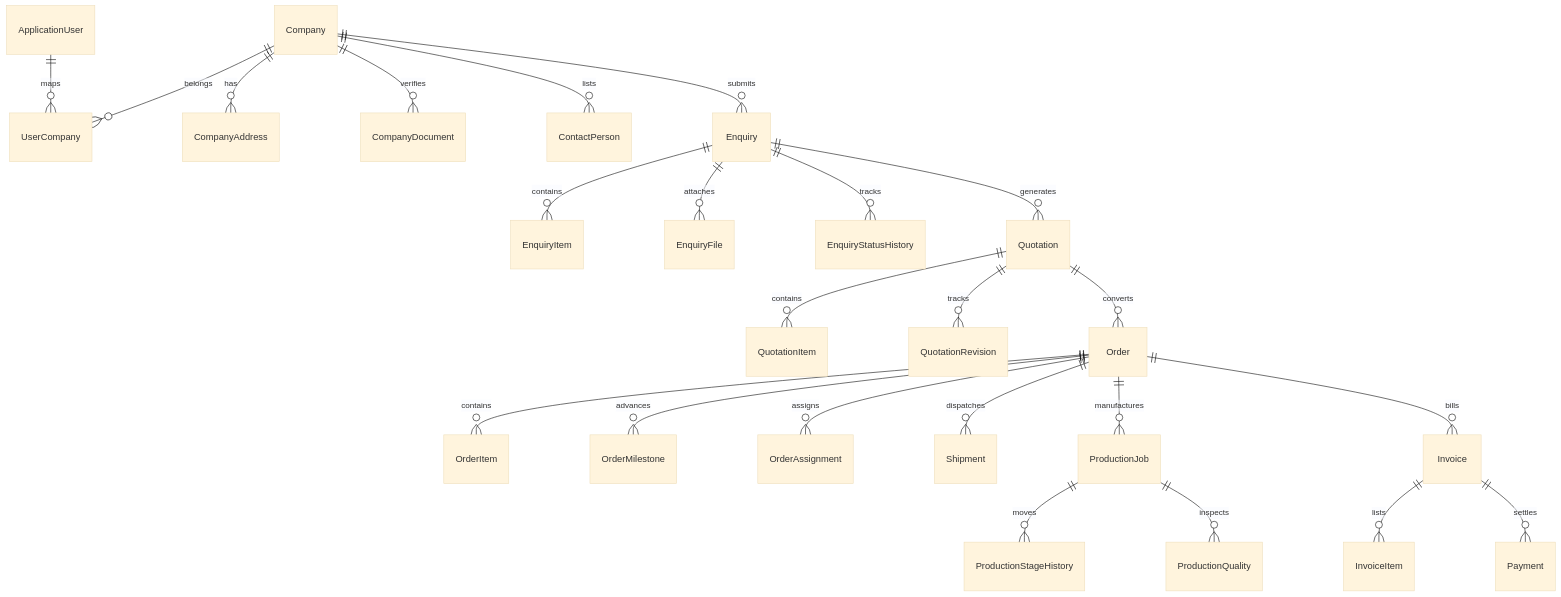
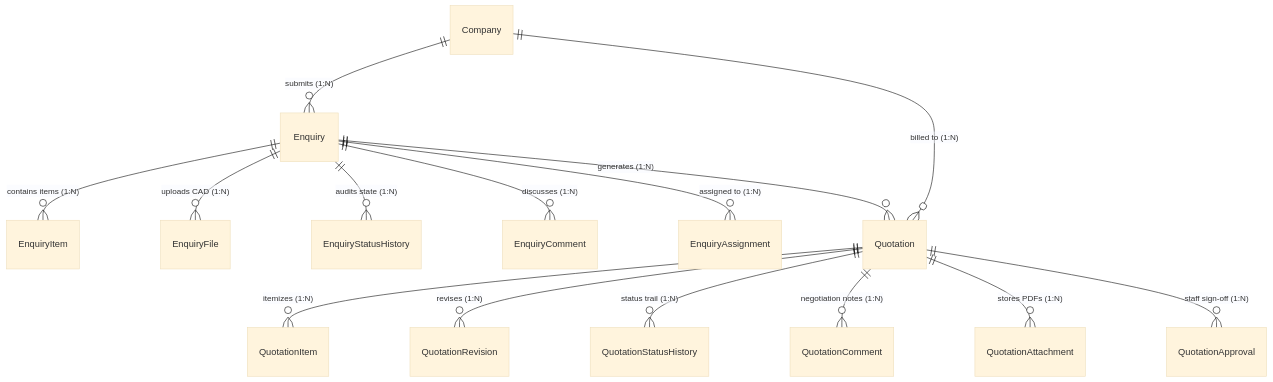
One commit to RahulBhola/Shakti-Udyog changed the eighth of 12 diagrams in docs/02-technical-architecture-document.md. Above: the diagram before and after it, drawn with Mermaid (base theme). The commit also changed other lines of this file, not shown here.

Commit message:
docs: add Master ERD, subdomain entity connection drawings, and comprehensive FK relationship matrix

````diff
--- a/docs/02-technical-architecture-document.md
+++ b/docs/02-technical-architecture-document.md
@@ -313,31 +462,18 @@
 ```mermaid
 erDiagram
-    ApplicationUser ||--o{ UserCompany : maps
-    Company ||--o{ UserCompany : belongs
-    Company ||--o{ CompanyAddress : has
-    Company ||--o{ CompanyDocument : verifies
-    Company ||--o{ ContactPerson : lists
-    Company ||--o{ Enquiry : submits
+    Company ||--o{ Enquiry : "submits (1:N)"
+    Enquiry ||--o{ EnquiryItem : "contains items (1:N)"
+    Enquiry ||--o{ EnquiryFile : "uploads CAD (1:N)"
+    Enquiry ||--o{ EnquiryStatusHistory : "audits state (1:N)"
+    Enquiry ||--o{ EnquiryComment : "discusses (1:N)"
+    Enquiry ||--o{ EnquiryAssignment : "assigned to (1:N)"
     
-    Enquiry ||--o{ EnquiryItem : contains
-    Enquiry ||--o{ EnquiryFile : attaches
-    Enquiry ||--o{ EnquiryStatusHistory : tracks
-    Enquiry ||--o{ Quotation : generates
-    
-    Quotation ||--o{ QuotationItem : contains
-    Quotation ||--o{ QuotationRevision : tracks
-    Quotation ||--o{ Order : converts
-    
-    Order ||--o{ OrderItem : contains
-    Order ||--o{ OrderMilestone : advances
-    Order ||--o{ OrderAssignment : assigns
-    Order ||--o{ Shipment : dispatches
-    Order ||--o{ ProductionJob : manufactures
-    Order ||--o{ Invoice : bills
-    
-    Invoice ||--o{ InvoiceItem : lists
-    Invoice ||--o{ Payment : settles
-    
-    ProductionJob ||--o{ ProductionStageHistory : moves
-    ProductionJob ||--o{ ProductionQuality : inspects
+    Enquiry ||--o{ Quotation : "generates (1:N)"
+    Company ||--o{ Quotation : "billed to (1:N)"
+    Quotation ||--o{ QuotationItem : "itemizes (1:N)"
+    Quotation ||--o{ QuotationRevision : "revises (1:N)"
+    Quotation ||--o{ QuotationStatusHistory : "status trail (1:N)"
+    Quotation ||--o{ QuotationComment : "negotiation notes (1:N)"
+    Quotation ||--o{ QuotationAttachment : "stores PDFs (1:N)"
+    Quotation ||--o{ QuotationApproval : "staff sign-off (1:N)"
 ```
````
